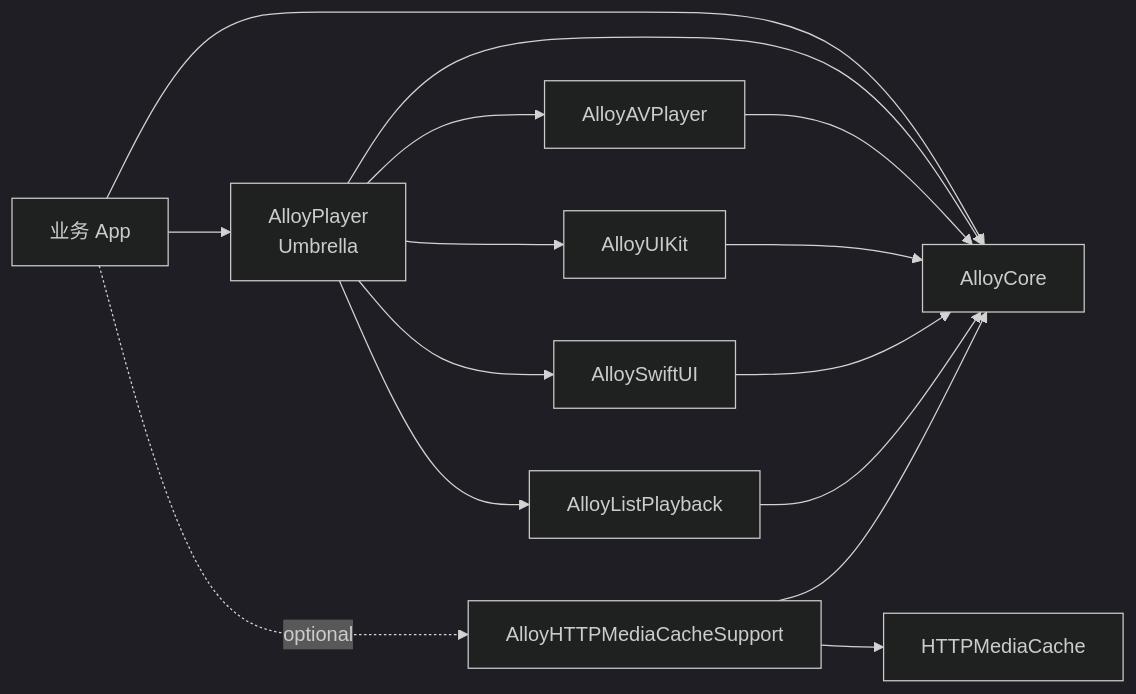
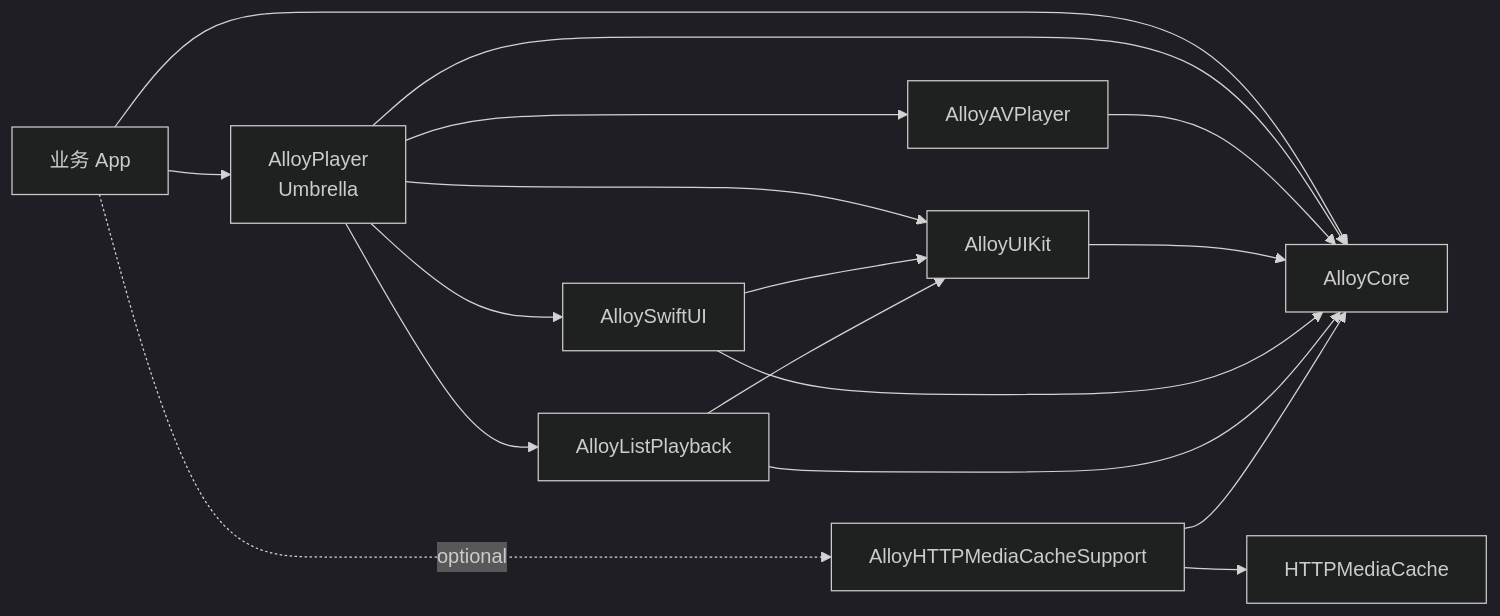
One commit to sunimp/AlloyPlayer changed the diagram in README.md. Above: the diagram before and after it, drawn with Mermaid (dark theme). The commit also changed other lines of this file and 48 other files, not shown here.

````diff
--- a/README.md
+++ b/README.md
@@ -270,20 +277,22 @@
 ```mermaid
 flowchart LR
     App[业务 App] --> Umbrella[AlloyPlayer<br/>Umbrella]
     App --> Core[AlloyCore]
 
     Umbrella --> Core
     Umbrella --> AV[AlloyAVPlayer]
     Umbrella --> UIKitControls[AlloyUIKit]
     Umbrella --> SwiftUIControls[AlloySwiftUI]
     Umbrella --> ListPlayback[AlloyListPlayback]
 
     AV --> Core
     UIKitControls --> Core
     SwiftUIControls --> Core
+    SwiftUIControls --> UIKitControls
     ListPlayback --> Core
+    ListPlayback --> UIKitControls
 
     CacheSupport[AlloyHTTPMediaCacheSupport] --> Core
     CacheSupport --> HTTPMediaCache[HTTPMediaCache]
     App -. optional .-> CacheSupport
 ```
````
